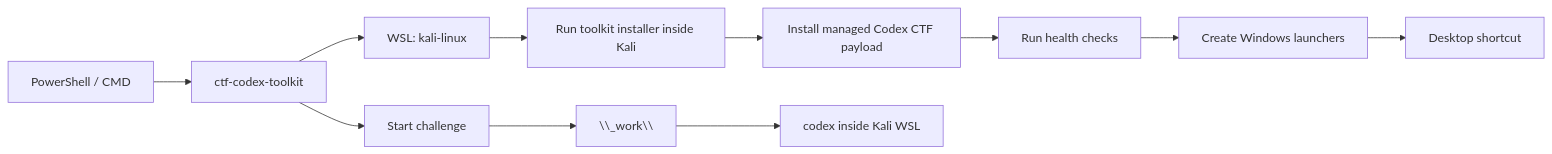
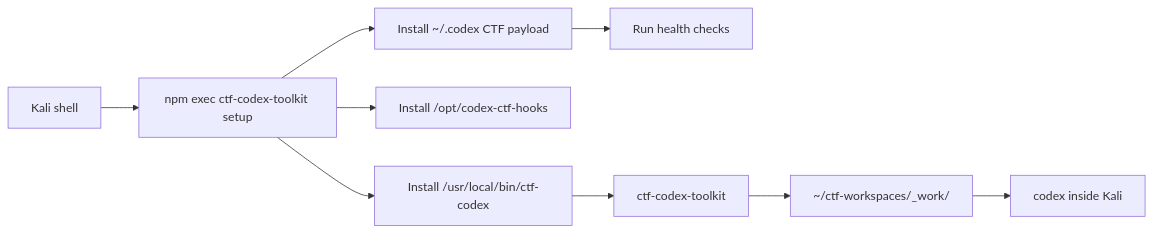
One commit to nimosocute/ctf-codex-toolkit changed the diagram in README.md. Above: the diagram before and after it, drawn with Mermaid. The commit also changed other lines of this file and 7 other files, not shown here.

Commit message:
Make toolkit Kali native

````diff
--- a/README.md
+++ b/README.md
@@ -142,13 +151,11 @@
 ```mermaid
 flowchart LR
-    A["PowerShell / CMD"] --> B["ctf-codex-toolkit"]
-    B --> C["WSL: kali-linux"]
-    C --> D["Run toolkit installer inside Kali"]
-    D --> K["Install managed Codex CTF payload"]
-    K --> E["Run health checks"]
-    E --> F["Create Windows launchers"]
-    F --> G["Desktop shortcut"]
-    B --> H["Start challenge"]
-    H --> I["<ctf-root>\\_work\\<challenge>"]
-    I --> J["codex inside Kali WSL"]
+    A["Kali shell"] --> B["npm exec ctf-codex-toolkit setup"]
+    B --> C["Install ~/.codex CTF payload"]
+    B --> D["Install /opt/codex-ctf-hooks"]
+    B --> E["Install /usr/local/bin/ctf-codex"]
+    C --> F["Run health checks"]
+    E --> G["ctf-codex-toolkit <challenge>"]
+    G --> H["~/ctf-workspaces/_work/<challenge>"]
+    H --> I["codex inside Kali"]
 ```
````
